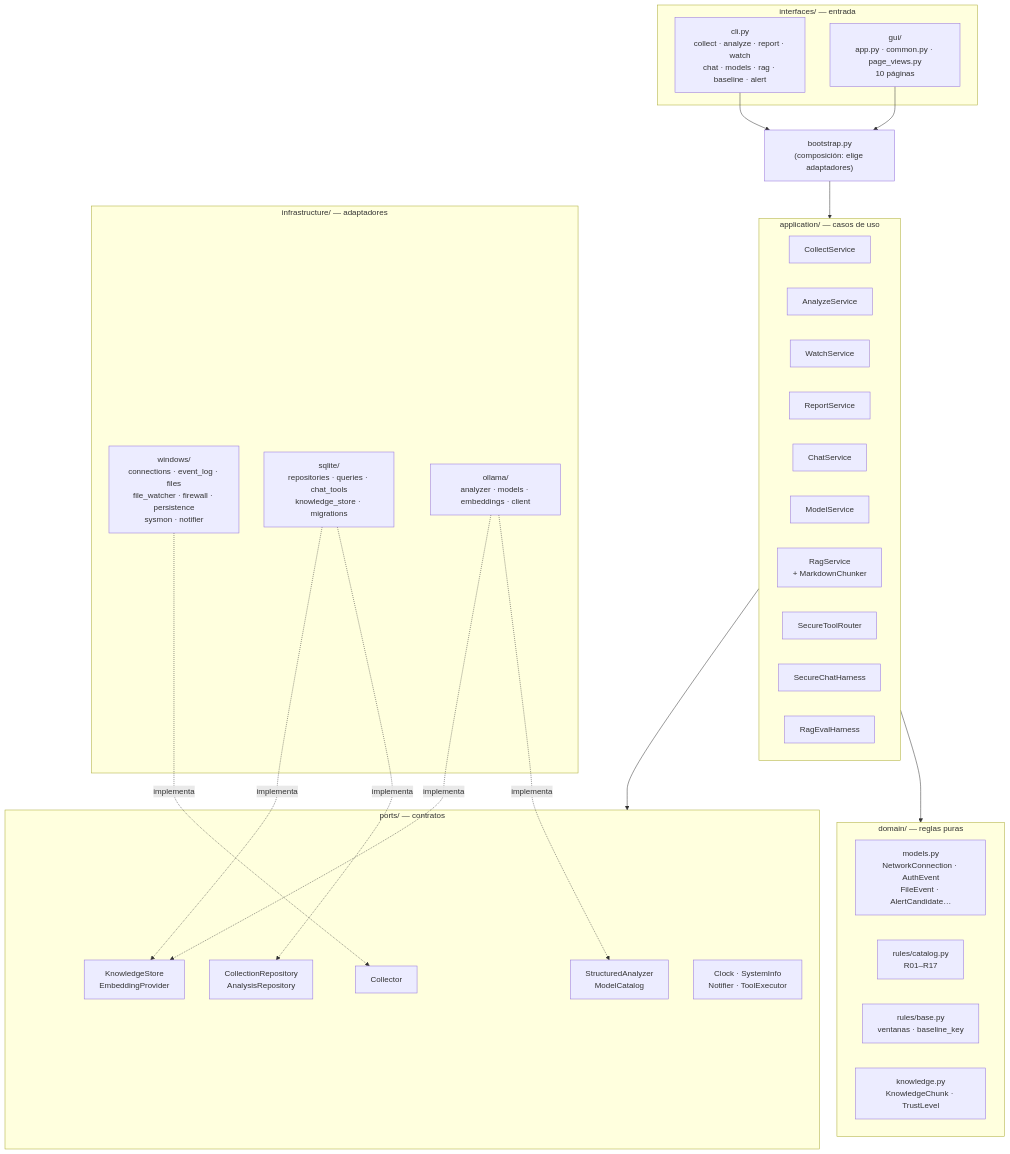
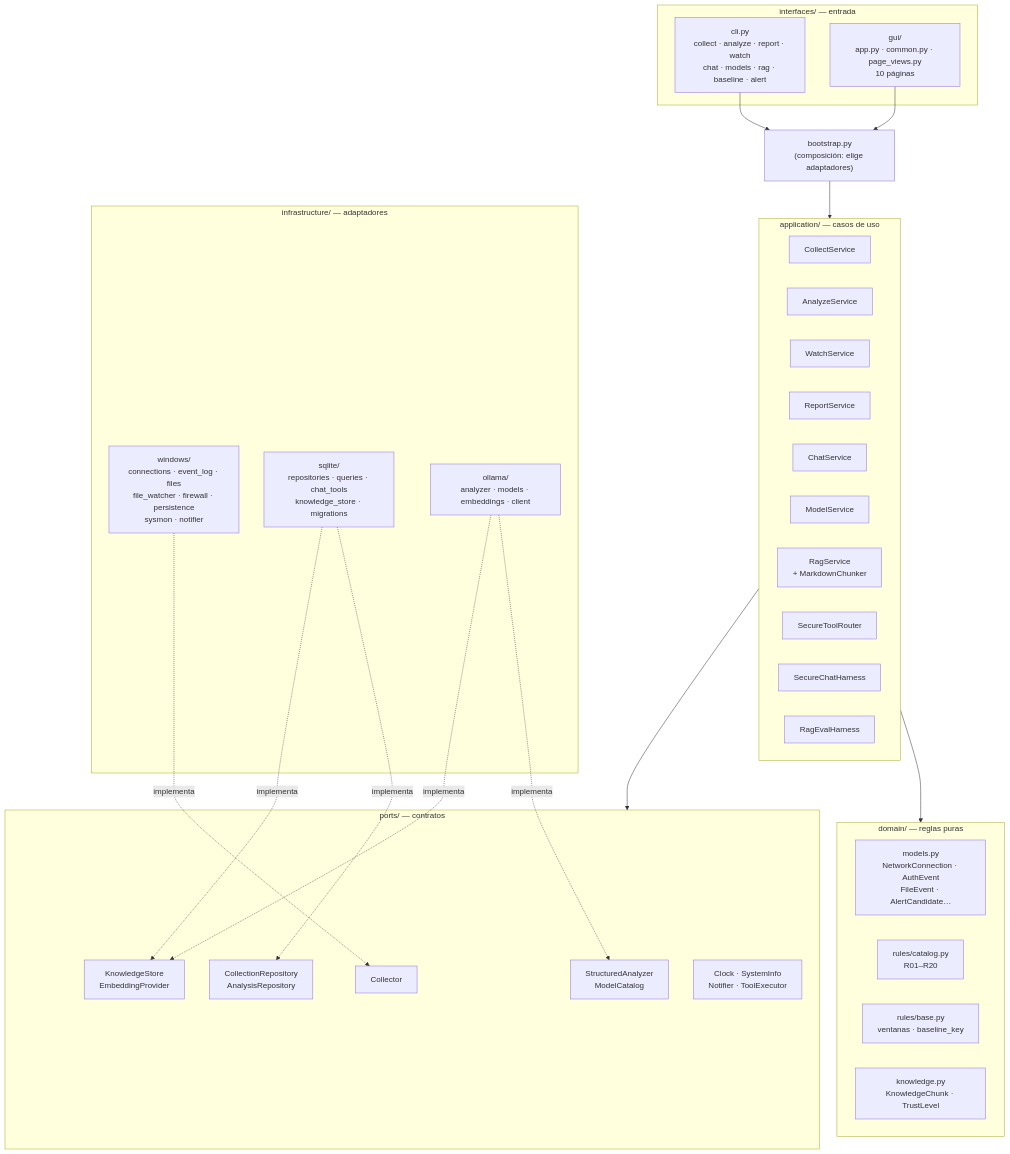
Before and after one commit to lindecode/Atalaya: the second of 8 diagrams in README/README.arqu.md, drawn with Mermaid. The commit also changed other lines of this file and 16 other files, not shown here.

````diff
--- a/README/README.arqu.md
+++ b/README/README.arqu.md
@@ -54,54 +54,54 @@
 ```mermaid
 flowchart TB
     subgraph IF["interfaces/ — entrada"]
         cli["cli.py<br/>collect · analyze · report · watch<br/>chat · models · rag · baseline · alert"]
         guiapp["gui/<br/>app.py · common.py · page_views.py<br/>10 páginas"]
     end
 
     boot["bootstrap.py<br/>(composición: elige adaptadores)"]
 
     subgraph APP["application/ — casos de uso"]
         collect["CollectService"]
         analyze["AnalyzeService"]
         watch["WatchService"]
         report["ReportService"]
         chat["ChatService"]
         models["ModelService"]
         rag["RagService<br/>+ MarkdownChunker"]
         router["SecureToolRouter"]
         harness["SecureChatHarness"]
         evals["RagEvalHarness"]
     end
 
     subgraph DOM["domain/ — reglas puras"]
         dmodels["models.py<br/>NetworkConnection · AuthEvent<br/>FileEvent · AlertCandidate…"]
-        rules["rules/catalog.py<br/>R01–R17"]
+        rules["rules/catalog.py<br/>R01–R20"]
         rbase["rules/base.py<br/>ventanas · baseline_key"]
         know["knowledge.py<br/>KnowledgeChunk · TrustLevel"]
     end
 
     subgraph PORTS["ports/ — contratos"]
         pcol["Collector"]
         prepo["CollectionRepository<br/>AnalysisRepository"]
         pllm["StructuredAnalyzer<br/>ModelCatalog"]
         prag["KnowledgeStore<br/>EmbeddingProvider"]
         pother["Clock · SystemInfo<br/>Notifier · ToolExecutor"]
     end
 
     subgraph INFRA["infrastructure/ — adaptadores"]
         win["windows/<br/>connections · event_log · files<br/>file_watcher · firewall · persistence<br/>sysmon · notifier"]
         sql["sqlite/<br/>repositories · queries · chat_tools<br/>knowledge_store · migrations"]
         oll["ollama/<br/>analyzer · models · embeddings · client"]
     end
 
     cli --> boot
     guiapp --> boot
     boot --> APP
     APP --> DOM
     APP --> PORTS
     win -. implementa .-> pcol
     sql -. implementa .-> prepo
     sql -. implementa .-> prag
     oll -. implementa .-> pllm
     oll -. implementa .-> prag
 ```
````
